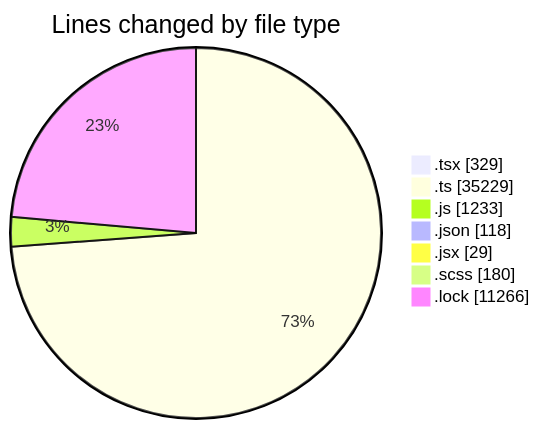
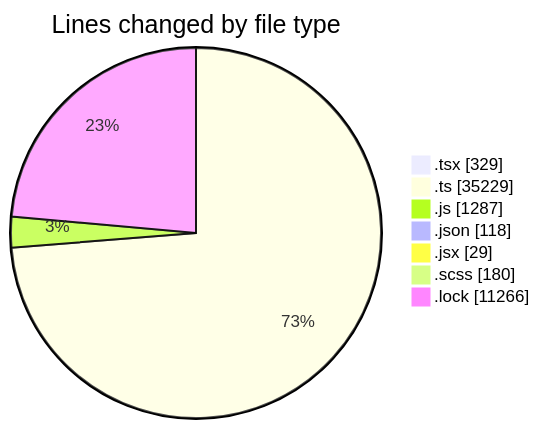
Before and after one commit to momahboobian/code-tracking: the first of 2 diagrams in 2025-12-17/cda/README.md, drawn with Mermaid. The commit also changed other lines of this file and 1 other file, not shown here.

````diff
--- a/2025-12-17/cda/README.md
+++ b/2025-12-17/cda/README.md
@@ -51,11 +52,11 @@
 ```mermaid
 pie showData
 title Lines changed by file type
 ".tsx" : 329
 ".ts" : 35229
-".js" : 1233
+".js" : 1287
 ".json" : 118
 ".jsx" : 29
 ".scss" : 180
 ".lock" : 11266
 ```
````
